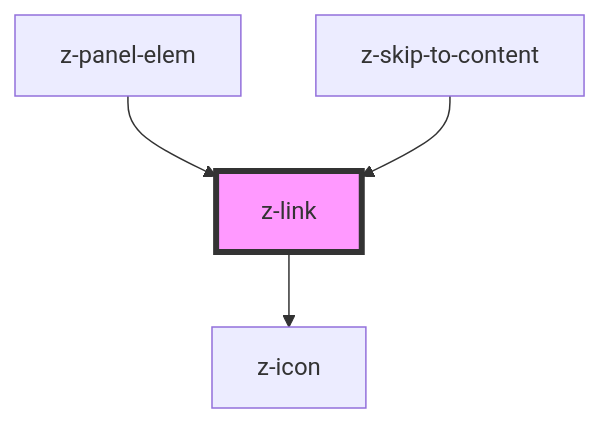
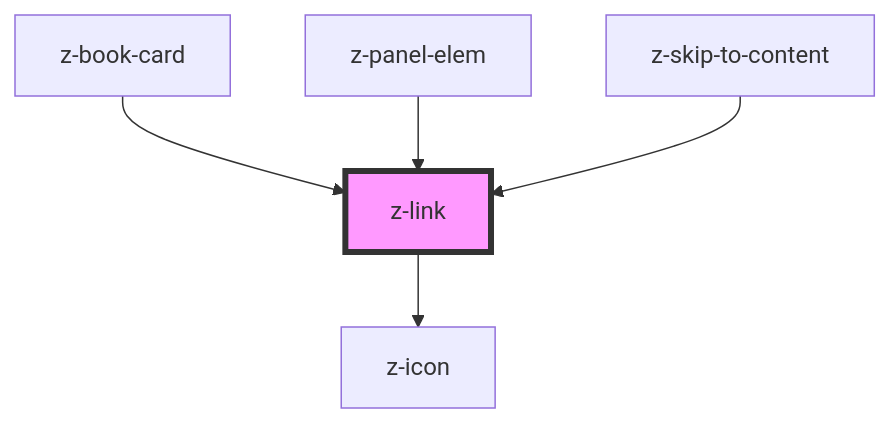
One commit to ZanichelliEditore/design-system changed the diagram in src/components/navigation/z-link/readme.md. Above: the diagram before and after it, drawn with Mermaid. The commit also changed other lines of this file and 5 other files, not shown here.

````diff
--- a/src/components/navigation/z-link/readme.md
+++ b/src/components/navigation/z-link/readme.md
@@ -60,7 +61,8 @@
 ```mermaid
 graph TD;
   z-link --> z-icon
+  z-book-card --> z-link
   z-panel-elem --> z-link
   z-skip-to-content --> z-link
   style z-link fill:#f9f,stroke:#333,stroke-width:4px
 ```
````
